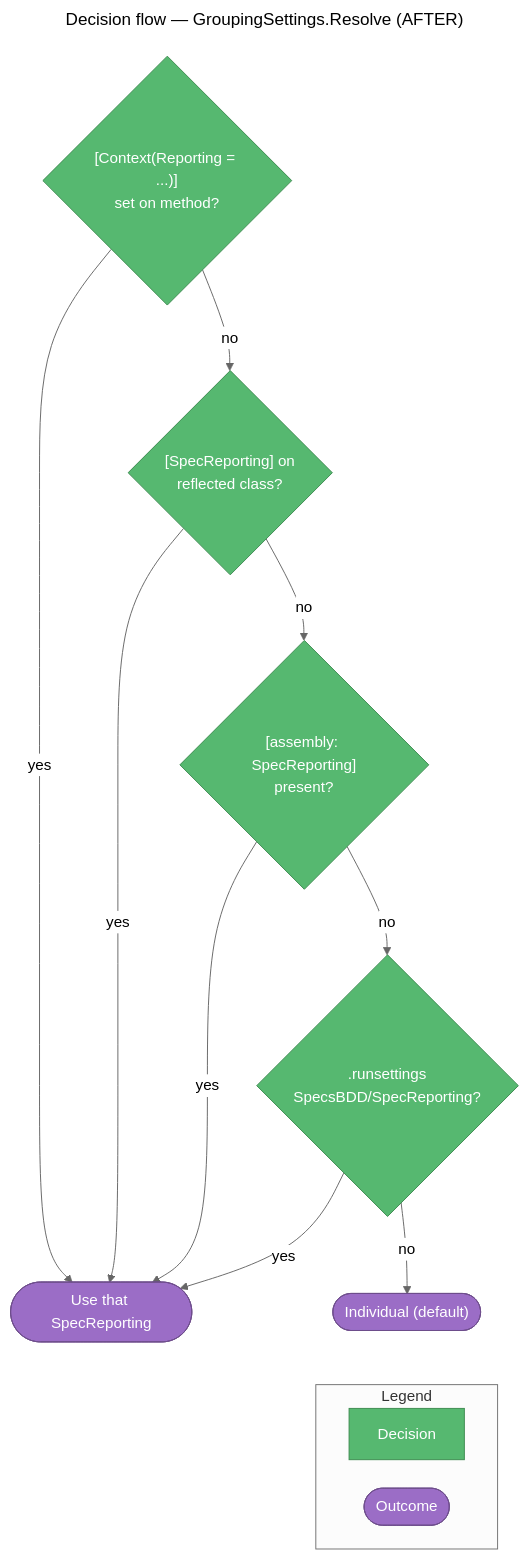
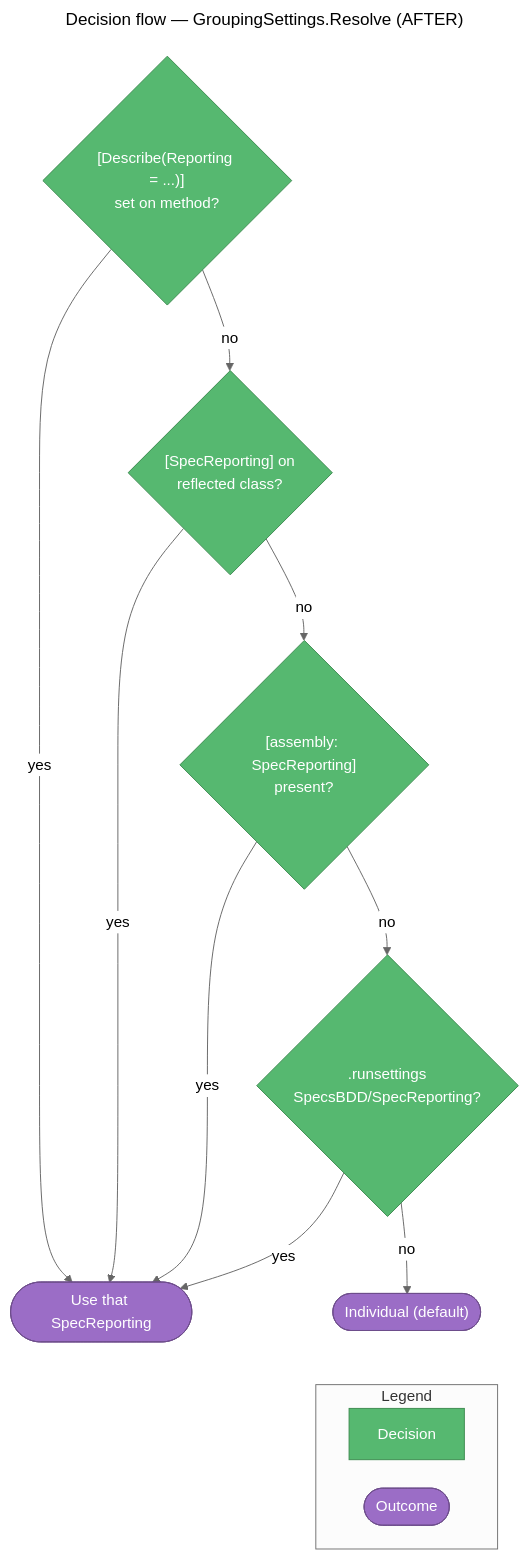
One commit to yozepi/Specs changed diagram 13 of 22 in memory-bank/systemPatterns.md. Above: the diagram before and after it, drawn with Mermaid. The commit also changed other lines of this file and 54 other files, not shown here.

First line of the commit message:
Rename ContextAttribute to DescribeAttribute

````diff
--- a/memory-bank/systemPatterns.md
+++ b/memory-bank/systemPatterns.md
@@ -546,30 +546,30 @@
 ```mermaid
 ---
 title: "Decision flow — GroupingSettings.Resolve (AFTER)"
 ---
 %%{init: {'theme': 'neutral', 'flowchart': {'nodeSpacing': 30, 'rankSpacing': 45, 'wrappingWidth': 160}}}%%
 flowchart TD
-    A{"[Context(Reporting = ...)]<br/>set on method?"}:::app
+    A{"[Describe(Reporting = ...)]<br/>set on method?"}:::app
     B{"[SpecReporting] on<br/>reflected class?"}:::app
     C{"[assembly: SpecReporting]<br/>present?"}:::app
     D{".runsettings<br/>SpecsBDD/SpecReporting?"}:::app
     V(["Use that SpecReporting"]):::data
     I(["Individual (default)"]):::data
 
     A -->|"no"| B
     B -->|"no"| C
     C -->|"no"| D
     D -->|"no"| I
     A & B & C & D -->|"yes"| V
 
     subgraph LEGEND["Legend"]
         direction LR
         L1["Decision"]:::app
         L2(["Outcome"]):::data
     end
 
     I ~~~ LEGEND
 
     classDef app fill:#56B870,stroke:#3D8B50,color:#fff
     classDef data fill:#9B6DC6,stroke:#6E4D8C,color:#fff
 ```
````
